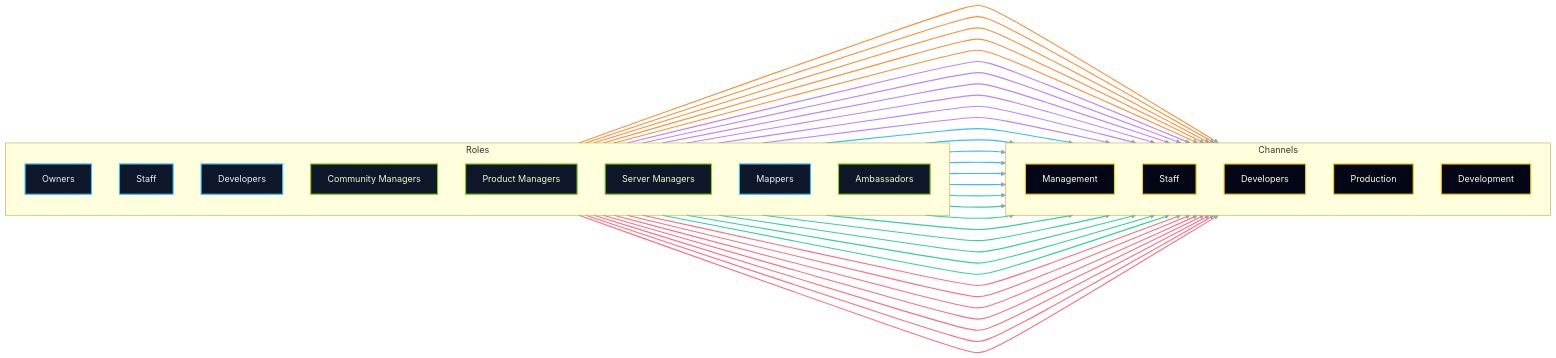
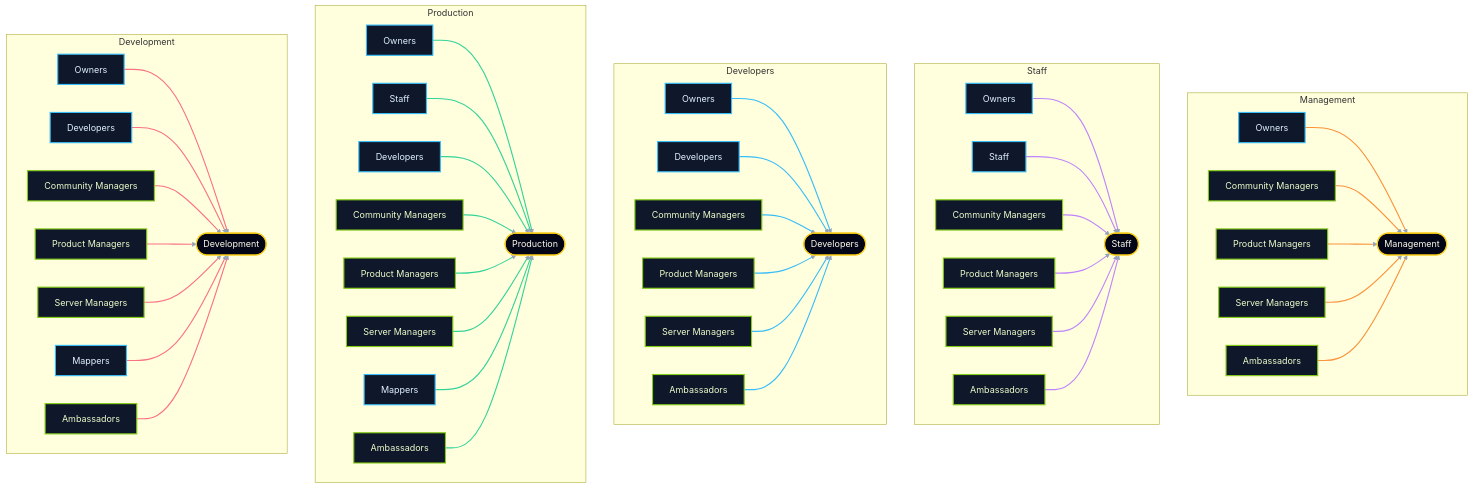
One commit to UDL-TF/Organization changed the diagram in infrastructure/permissions.md. Above: the diagram before and after it, drawn with Mermaid. The commit also changed other lines of this file, not shown here.

Commit message:
Refactor access diagram for enhanced readability with improved role and channel styling

````diff
--- a/infrastructure/permissions.md
+++ b/infrastructure/permissions.md
@@ -41,109 +41,140 @@
 ```mermaid
-flowchart LR
-	subgraph Roles
-		direction TB
-		OWN[Owners]
-		STF[Staff]
-		DEV[Developers]
-		CM[Community Managers]
-		PM[Product Managers]
-		SM[Server Managers]
-		MAP[Mappers]
-		AMB[Ambassadors]
+flowchart TB
+	classDef role fill:#0f172a,stroke:#38bdf8,stroke-width:2px,color:#e0f2fe;
+	classDef cohort fill:#0f172a,stroke:#84cc16,stroke-width:2px,color:#ecfccb;
+	classDef channel fill:#020617,stroke:#facc15,stroke-width:2px,color:#fffbeb;
+
+	subgraph Management_Channel[Management]
+		direction LR
+		CH_MAN([Management]):::channel
+		OWN_MAN[Owners]:::role
+		CM_MAN[Community Managers]:::cohort
+		PM_MAN[Product Managers]:::cohort
+		SM_MAN[Server Managers]:::cohort
+		AMB_MAN[Ambassadors]:::cohort
+
+		OWN_MAN --> CH_MAN
+		CM_MAN --> CH_MAN
+		PM_MAN --> CH_MAN
+		SM_MAN --> CH_MAN
+		AMB_MAN --> CH_MAN
 	end
 
-	subgraph Channels
-		direction TB
-		CH_MAN[Management]
-		CH_STF[Staff]
-		CH_DEV[Developers]
-		CH_PROD[Production]
-		CH_DEVT[Development]
+	subgraph Staff_Channel[Staff]
+		direction LR
+		CH_STF([Staff]):::channel
+		OWN_STF[Owners]:::role
+		STF_STF[Staff]:::role
+		CM_STF[Community Managers]:::cohort
+		PM_STF[Product Managers]:::cohort
+		SM_STF[Server Managers]:::cohort
+		AMB_STF[Ambassadors]:::cohort
+
+		OWN_STF --> CH_STF
+		STF_STF --> CH_STF
+		CM_STF --> CH_STF
+		PM_STF --> CH_STF
+		SM_STF --> CH_STF
+		AMB_STF --> CH_STF
 	end
 
-	%% Management cohort visibility (Owners also covered below)
-	CM ---> CH_MAN
-	PM ---> CH_MAN
-	SM ---> CH_MAN
-	AMB ---> CH_MAN
-	OWN ---> CH_MAN
+	subgraph Developers_Channel[Developers]
+		direction LR
+		CH_DEV([Developers]):::channel
+		OWN_DEV[Owners]:::role
+		DEV_DEV[Developers]:::role
+		CM_DEV[Community Managers]:::cohort
+		PM_DEV[Product Managers]:::cohort
+		SM_DEV[Server Managers]:::cohort
+		AMB_DEV[Ambassadors]:::cohort
 
-	STF ---> CH_STF
-	CM ---> CH_STF
-	PM ---> CH_STF
-	SM ---> CH_STF
-	AMB ---> CH_STF
-	OWN ---> CH_STF
+		OWN_DEV --> CH_DEV
+		DEV_DEV --> CH_DEV
+		CM_DEV --> CH_DEV
+		PM_DEV --> CH_DEV
+		SM_DEV --> CH_DEV
+		AMB_DEV --> CH_DEV
+	end
 
-	DEV ---> CH_DEV
-	CM ---> CH_DEV
-	PM ---> CH_DEV
-	SM ---> CH_DEV
-	AMB ---> CH_DEV
-	OWN ---> CH_DEV
+	subgraph Production_Channel[Production]
+		direction LR
+		CH_PROD([Production]):::channel
+		OWN_PROD[Owners]:::role
+		STF_PROD[Staff]:::role
+		DEV_PROD[Developers]:::role
+		CM_PROD[Community Managers]:::cohort
+		PM_PROD[Product Managers]:::cohort
+		SM_PROD[Server Managers]:::cohort
+		MAP_PROD[Mappers]:::role
+		AMB_PROD[Ambassadors]:::cohort
 
-	STF ---> CH_PROD
-	DEV ---> CH_PROD
-	CM ---> CH_PROD
-	PM ---> CH_PROD
-	SM ---> CH_PROD
-	MAP ---> CH_PROD
-	AMB ---> CH_PROD
-	OWN ---> CH_PROD
+		OWN_PROD --> CH_PROD
+		STF_PROD --> CH_PROD
+		DEV_PROD --> CH_PROD
+		CM_PROD --> CH_PROD
+		PM_PROD --> CH_PROD
+		SM_PROD --> CH_PROD
+		MAP_PROD --> CH_PROD
+		AMB_PROD --> CH_PROD
+	end
 
-	DEV ---> CH_DEVT
-	CM ---> CH_DEVT
-	PM ---> CH_DEVT
-	SM ---> CH_DEVT
-	MAP ---> CH_DEVT
-	AMB ---> CH_DEVT
-	OWN ---> CH_DEVT
+	subgraph Development_Channel[Development]
+		direction LR
+		CH_DEVT([Development]):::channel
+		OWN_DEVT[Owners]:::role
+		DEV_DEVT[Developers]:::role
+		CM_DEVT[Community Managers]:::cohort
+		PM_DEVT[Product Managers]:::cohort
+		SM_DEVT[Server Managers]:::cohort
+		MAP_DEVT[Mappers]:::role
+		AMB_DEVT[Ambassadors]:::cohort
 
-	classDef role fill:#0f172a,stroke:#38bdf8,stroke-width:2px,color:#e0f2fe;
-	classDef channel fill:#020617,stroke:#facc15,stroke-width:2px,color:#fffbeb;
-	classDef cohort fill:#0f172a,stroke:#84cc16,stroke-width:2px,color:#ecfccb;
-	class OWN,STF,DEV,MAP role;
-	class CM,PM,SM,AMB cohort;
-	class CH_MAN,CH_STF,CH_DEV,CH_PROD,CH_DEVT channel;
+		OWN_DEVT --> CH_DEVT
+		DEV_DEVT --> CH_DEVT
+		CM_DEVT --> CH_DEVT
+		PM_DEVT --> CH_DEVT
+		SM_DEVT --> CH_DEVT
+		MAP_DEVT --> CH_DEVT
+		AMB_DEVT --> CH_DEVT
+	end
 
 	%% Channel-colored connections for readability
-	linkStyle 0 stroke:#fb923c,stroke-width:2px,curve:basis;
-	linkStyle 1 stroke:#fb923c,stroke-width:2px,curve:basis;
-	linkStyle 2 stroke:#fb923c,stroke-width:2px,curve:basis;
-	linkStyle 3 stroke:#fb923c,stroke-width:2px,curve:basis;
-	linkStyle 4 stroke:#fb923c,stroke-width:2px,curve:basis;
+	linkStyle 0 stroke:#fb923c,stroke-width:2px;
+	linkStyle 1 stroke:#fb923c,stroke-width:2px;
+	linkStyle 2 stroke:#fb923c,stroke-width:2px;
+	linkStyle 3 stroke:#fb923c,stroke-width:2px;
+	linkStyle 4 stroke:#fb923c,stroke-width:2px;
 
-	linkStyle 5 stroke:#c084fc,stroke-width:2px,curve:basis;
-	linkStyle 6 stroke:#c084fc,stroke-width:2px,curve:basis;
-	linkStyle 7 stroke:#c084fc,stroke-width:2px,curve:basis;
-	linkStyle 8 stroke:#c084fc,stroke-width:2px,curve:basis;
-	linkStyle 9 stroke:#c084fc,stroke-width:2px,curve:basis;
-	linkStyle 10 stroke:#c084fc,stroke-width:2px,curve:basis;
+	linkStyle 5 stroke:#c084fc,stroke-width:2px;
+	linkStyle 6 stroke:#c084fc,stroke-width:2px;
+	linkStyle 7 stroke:#c084fc,stroke-width:2px;
+	linkStyle 8 stroke:#c084fc,stroke-width:2px;
+	linkStyle 9 stroke:#c084fc,stroke-width:2px;
+	linkStyle 10 stroke:#c084fc,stroke-width:2px;
 
-	linkStyle 11 stroke:#38bdf8,stroke-width:2px,curve:basis;
-	linkStyle 12 stroke:#38bdf8,stroke-width:2px,curve:basis;
-	linkStyle 13 stroke:#38bdf8,stroke-width:2px,curve:basis;
-	linkStyle 14 stroke:#38bdf8,stroke-width:2px,curve:basis;
-	linkStyle 15 stroke:#38bdf8,stroke-width:2px,curve:basis;
-	linkStyle 16 stroke:#38bdf8,stroke-width:2px,curve:basis;
+	linkStyle 11 stroke:#38bdf8,stroke-width:2px;
+	linkStyle 12 stroke:#38bdf8,stroke-width:2px;
+	linkStyle 13 stroke:#38bdf8,stroke-width:2px;
+	linkStyle 14 stroke:#38bdf8,stroke-width:2px;
+	linkStyle 15 stroke:#38bdf8,stroke-width:2px;
+	linkStyle 16 stroke:#38bdf8,stroke-width:2px;
 
-	linkStyle 17 stroke:#34d399,stroke-width:2px,curve:basis;
-	linkStyle 18 stroke:#34d399,stroke-width:2px,curve:basis;
-	linkStyle 19 stroke:#34d399,stroke-width:2px,curve:basis;
-	linkStyle 20 stroke:#34d399,stroke-width:2px,curve:basis;
-	linkStyle 21 stroke:#34d399,stroke-width:2px,curve:basis;
-	linkStyle 22 stroke:#34d399,stroke-width:2px,curve:basis;
-	linkStyle 23 stroke:#34d399,stroke-width:2px,curve:basis;
-	linkStyle 24 stroke:#34d399,stroke-width:2px,curve:basis;
+	linkStyle 17 stroke:#34d399,stroke-width:2px;
+	linkStyle 18 stroke:#34d399,stroke-width:2px;
+	linkStyle 19 stroke:#34d399,stroke-width:2px;
+	linkStyle 20 stroke:#34d399,stroke-width:2px;
+	linkStyle 21 stroke:#34d399,stroke-width:2px;
+	linkStyle 22 stroke:#34d399,stroke-width:2px;
+	linkStyle 23 stroke:#34d399,stroke-width:2px;
+	linkStyle 24 stroke:#34d399,stroke-width:2px;
 
-	linkStyle 25 stroke:#fb7185,stroke-width:2px,curve:basis;
-	linkStyle 26 stroke:#fb7185,stroke-width:2px,curve:basis;
-	linkStyle 27 stroke:#fb7185,stroke-width:2px,curve:basis;
-	linkStyle 28 stroke:#fb7185,stroke-width:2px,curve:basis;
-	linkStyle 29 stroke:#fb7185,stroke-width:2px,curve:basis;
-	linkStyle 30 stroke:#fb7185,stroke-width:2px,curve:basis;
-	linkStyle 31 stroke:#fb7185,stroke-width:2px,curve:basis;
+	linkStyle 25 stroke:#fb7185,stroke-width:2px;
+	linkStyle 26 stroke:#fb7185,stroke-width:2px;
+	linkStyle 27 stroke:#fb7185,stroke-width:2px;
+	linkStyle 28 stroke:#fb7185,stroke-width:2px;
+	linkStyle 29 stroke:#fb7185,stroke-width:2px;
+	linkStyle 30 stroke:#fb7185,stroke-width:2px;
+	linkStyle 31 stroke:#fb7185,stroke-width:2px;
 
-	%% Gentle curve for any remaining default edges
 	linkStyle default stroke:#94a3b8,curve:basis;
 ```
````
